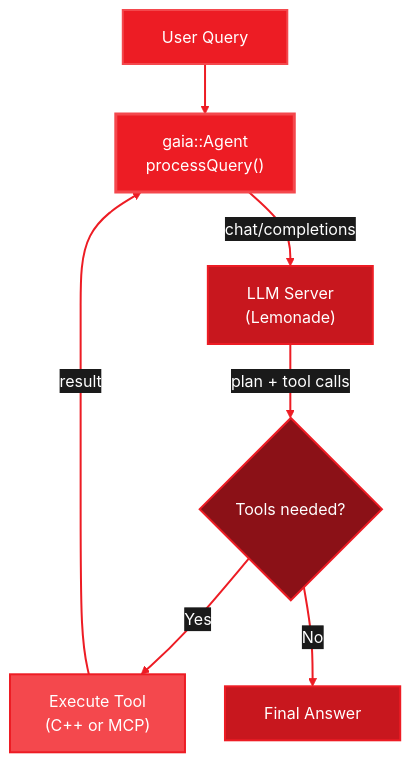
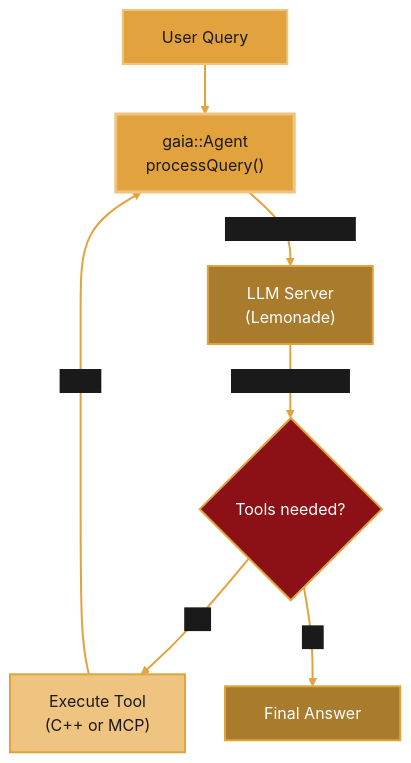
Before and after one commit to amd/gaia: the first of 3 diagrams in docs/cpp/overview.mdx, drawn with Mermaid. The commit also changed other lines of this file and 37 other files, not shown here.

````diff
--- a/docs/cpp/overview.mdx
+++ b/docs/cpp/overview.mdx
@@ -41,18 +41,18 @@
 ```mermaid
-%%{init: {'theme':'base', 'themeVariables': { 'primaryColor':'#ED1C24', 'fontSize':'16px', 'lineColor':'#ED1C24', 'primaryTextColor':'#fff', 'edgeLabelBackground':'#1a1a1a'}, 'flowchart': {'curve': 'basis', 'nodeSpacing': 40, 'rankSpacing': 50}}}%%
+%%{init: {'theme':'base', 'themeVariables': { 'primaryColor':'#E2A33E', 'fontSize':'16px', 'lineColor':'#E2A33E', 'primaryTextColor':'#1a1a1a', 'edgeLabelBackground':'#1a1a1a'}, 'flowchart': {'curve': 'basis', 'nodeSpacing': 40, 'rankSpacing': 50}}}%%
 flowchart TD
     A["&nbsp;&nbsp;User Query&nbsp;&nbsp;"] --> B["&nbsp;&nbsp;gaia::Agent&nbsp;&nbsp;<br/>processQuery()"]
     B -->|"chat/completions"| C["&nbsp;&nbsp;LLM Server&nbsp;&nbsp;<br/>(Lemonade)"]
     C -->|"plan + tool calls"| D{"&nbsp;&nbsp;Tools needed?&nbsp;&nbsp;"}
     D -->|"Yes"| E["&nbsp;&nbsp;Execute Tool&nbsp;&nbsp;<br/>(C++ or MCP)"]
     E -->|"result"| B
     D -->|"No"| F["&nbsp;&nbsp;Final Answer&nbsp;&nbsp;"]
 
-    style A fill:#ED1C24,stroke:#F4484D,stroke-width:2px,color:#fff
-    style B fill:#ED1C24,stroke:#F4484D,stroke-width:3px,color:#fff
-    style C fill:#C8171E,stroke:#ED1C24,stroke-width:2px,color:#fff
-    style D fill:#8B1117,stroke:#ED1C24,stroke-width:2px,color:#fff
-    style E fill:#F4484D,stroke:#ED1C24,stroke-width:2px,color:#fff
-    style F fill:#C8171E,stroke:#ED1C24,stroke-width:2px,color:#fff
-    linkStyle default stroke:#ED1C24,stroke-width:2px
+    style A fill:#E2A33E,stroke:#EFC480,stroke-width:2px,color:#1a1a1a
+    style B fill:#E2A33E,stroke:#EFC480,stroke-width:3px,color:#1a1a1a
+    style C fill:#A87B2D,stroke:#E2A33E,stroke-width:2px,color:#fff
+    style D fill:#8B1117,stroke:#E2A33E,stroke-width:2px,color:#fff
+    style E fill:#EFC480,stroke:#E2A33E,stroke-width:2px,color:#1a1a1a
+    style F fill:#A87B2D,stroke:#E2A33E,stroke-width:2px,color:#fff
+    linkStyle default stroke:#E2A33E,stroke-width:2px
 ```
````
